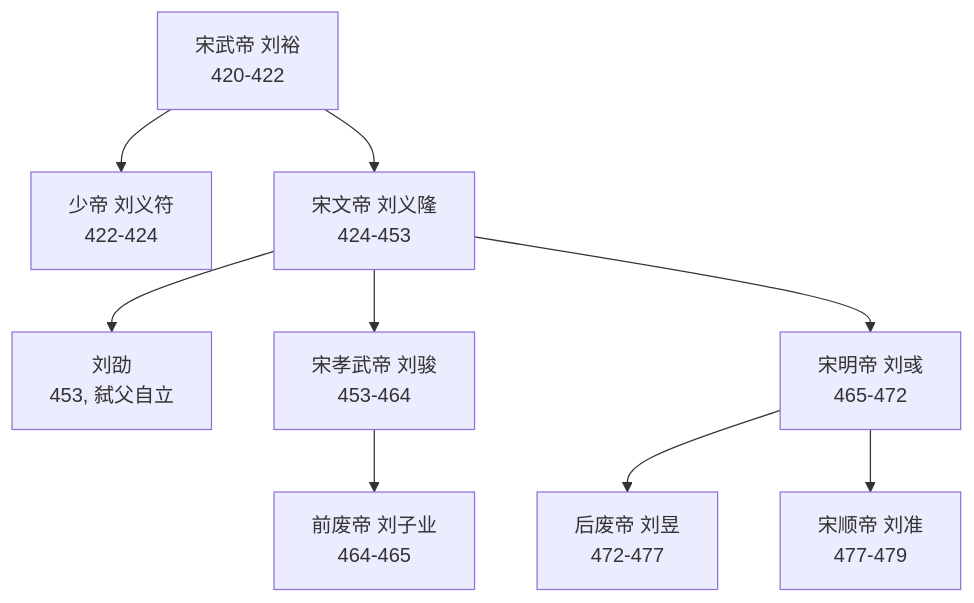
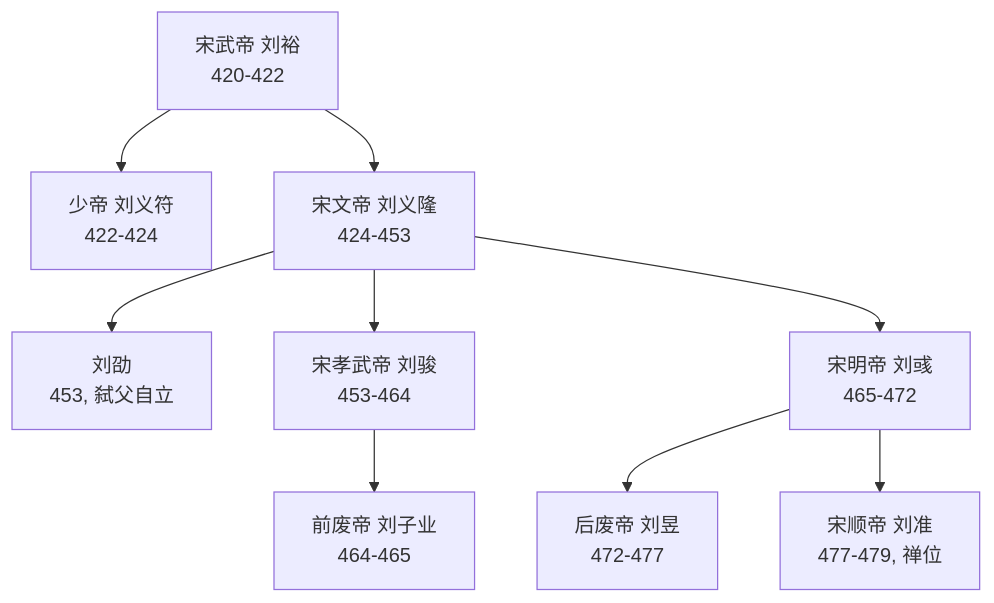
One commit to leafevans/leafevans.github.io changed the diagram in content/posts/liu-song-dynasty.md. Above: the diagram before and after it, drawn with Mermaid. The commit also changed 1 other file, not shown here.

Commit message:
fix: mermaid syntax - replace br tags with multiline labels

```diff
--- a/content/posts/liu-song-dynasty.md
+++ b/content/posts/liu-song-dynasty.md
@@ -134,11 +134,20 @@
 {{< mermaid >}}
 graph TD
-    A[宋武帝 刘裕<br>420-422] --> B[少帝 刘义符<br>422-424]
-    A --> C[宋文帝 刘义隆<br>424-453]
-    C --> D[刘劭<br>453, 弑父自立]
-    C --> E[宋孝武帝 刘骏<br>453-464]
-    E --> F[前废帝 刘子业<br>464-465]
-    C --> G[宋明帝 刘彧<br>465-472]
-    G --> H[后废帝 刘昱<br>472-477]
-    G --> I[宋顺帝 刘准<br>477-479]
+    A["宋武帝 刘裕
+    420-422"] --> B["少帝 刘义符
+    422-424"]
+    A --> C["宋文帝 刘义隆
+    424-453"]
+    C --> D["刘劭
+    453, 弑父自立"]
+    C --> E["宋孝武帝 刘骏
+    453-464"]
+    E --> F["前废帝 刘子业
+    464-465"]
+    C --> G["宋明帝 刘彧
+    465-472"]
+    G --> H["后废帝 刘昱
+    472-477"]
+    G --> I["宋顺帝 刘准
+    477-479, 禅位"]
 {{< /mermaid >}}
```
